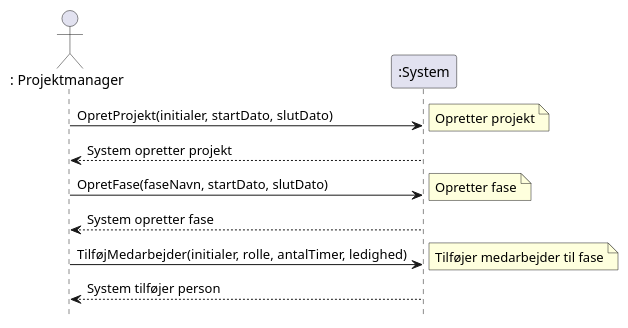
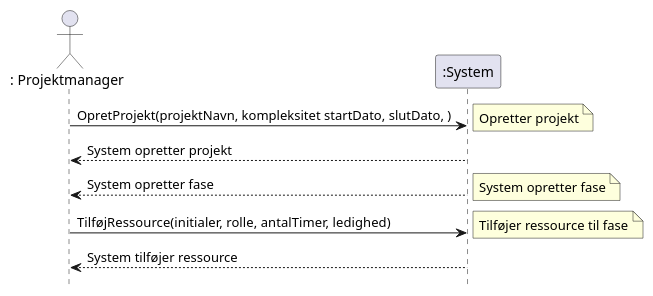
One commit to Rasmuus15/Eksamensprojekt-Novo changed the diagram in Models/Novo-SSD.plantuml. Above: the diagram before and after it, drawn with PlantUML.

Commit message:
Rettet fejl i SSD

```diff
--- a/Models/Novo-SSD.plantuml
+++ b/Models/Novo-SSD.plantuml
@@ -1,25 +1,24 @@
 @startuml
 hide empty method
 hide footbox /' Fjerner aktør og system i bunden'/
 
 
 'Aktører'
 Actor ": Projektmanager" as L
 participant ":System" as S
 
 
 'Commands'
-L -> S: OpretProjekt(initialer, startDato, slutDato)
+L -> S: OpretProjekt(projektNavn, kompleksitet startDato, slutDato, )
 note right: Opretter projekt
 S --> L: System opretter projekt
 
-L -> S: OpretFase(faseNavn, startDato, slutDato)
-note right: Opretter fase
+
 S --> L: System opretter fase
+note right: System opretter fase
 
-
-L -> S: TilføjMedarbejder(initialer, rolle, antalTimer, ledighed)
-note right: Tilføjer medarbejder til fase
-S --> L: System tilføjer person
+L -> S: TilføjRessource(initialer, rolle, antalTimer, ledighed)
+note right: Tilføjer ressource til fase
+S --> L: System tilføjer ressource
 
 @enduml
```
